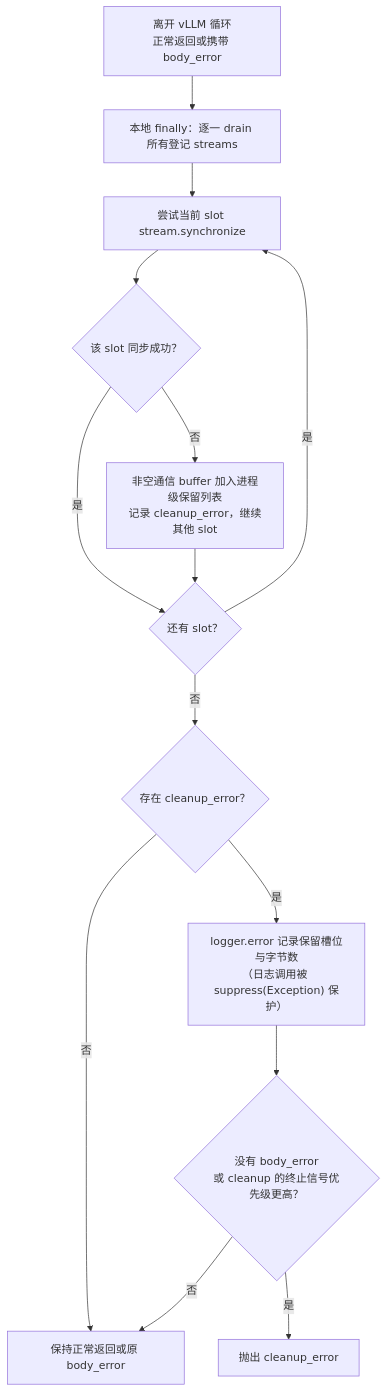
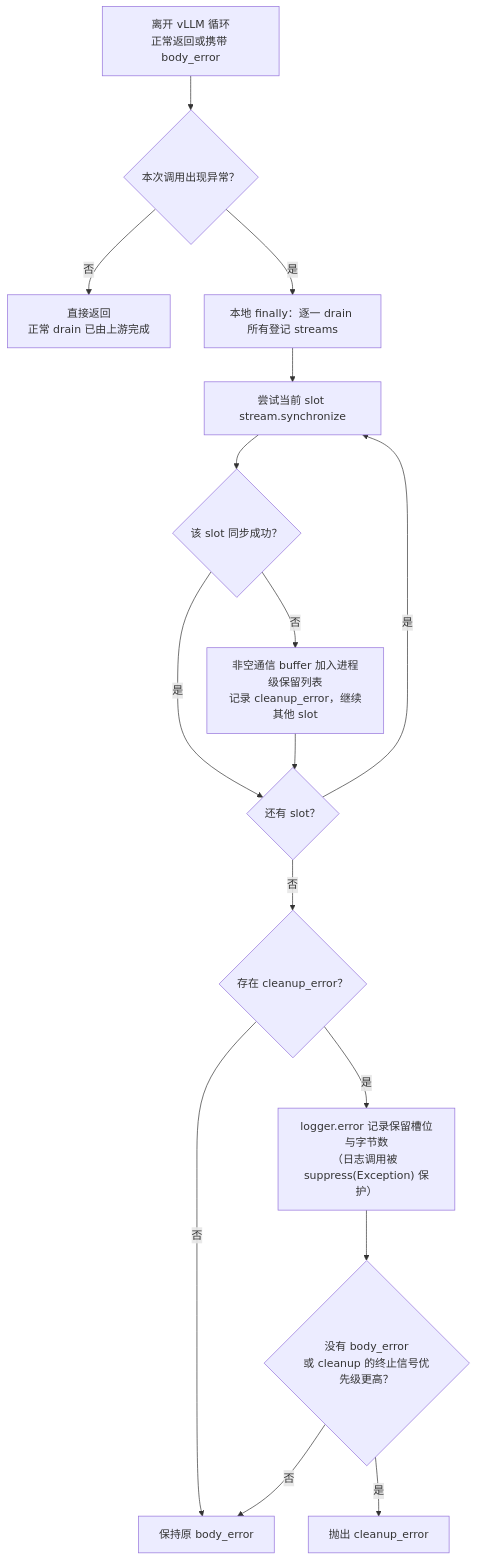
The ninth of 9 diagrams in vllm/weight-transfer/packed-tensor-design.md (Liccol/ref-doc), drawn with Mermaid before and after one commit. The commit also changed other lines of this file and 3 other files, not shown here.

````diff
--- a/vllm/weight-transfer/packed-tensor-design.md
+++ b/vllm/weight-transfer/packed-tensor-design.md
@@ -817,16 +799,18 @@
 ```mermaid
 flowchart TD
-    EXIT[离开 vLLM 循环<br/>正常返回或携带 body_error] --> FIN[本地 finally：逐一 drain 所有登记 streams]
+    EXIT[离开 vLLM 循环<br/>正常返回或携带 body_error] --> OKEXIT{本次调用出现异常？}
+    OKEXIT -->|否| DONE[直接返回<br/>正常 drain 已由上游完成]
+    OKEXIT -->|是| FIN[本地 finally：逐一 drain 所有登记 streams]
     FIN --> SYNC[尝试当前 slot stream.synchronize]
     SYNC --> OK{该 slot 同步成功？}
     OK -->|是| NEXT{还有 slot？}
     OK -->|否| KEEP[非空通信 buffer 加入进程级保留列表<br/>记录 cleanup_error，继续其他 slot]
     KEEP --> NEXT
     NEXT -->|是| SYNC
     NEXT -->|否| ERROR{存在 cleanup_error？}
-    ERROR -->|否| ORIGINAL[保持正常返回或原 body_error]
+    ERROR -->|否| ORIGINAL[保持原 body_error]
     ERROR -->|是| LOG["logger.error 记录保留槽位与字节数<br/>（日志调用被 suppress(Exception) 保护）"]
     LOG --> PRIORITY{没有 body_error<br/>或 cleanup 的终止信号优先级更高？}
     PRIORITY -->|是| RAISE[抛出 cleanup_error]
     PRIORITY -->|否| ORIGINAL
 ```
````
